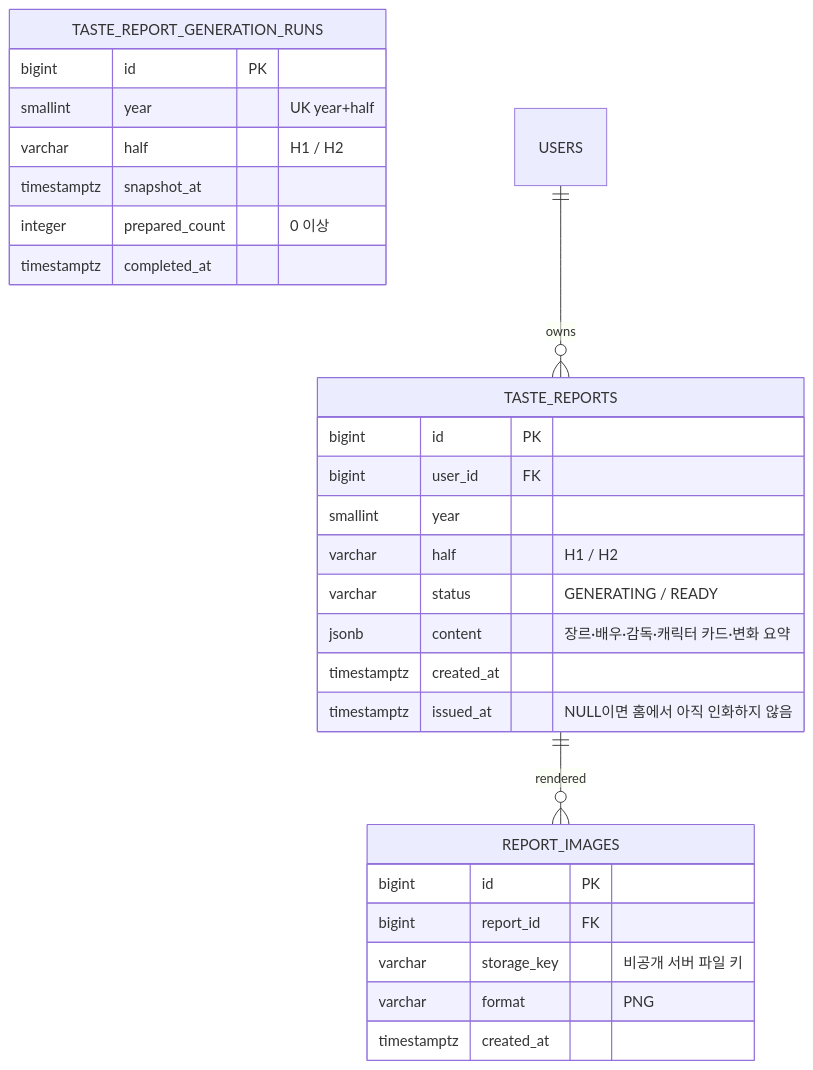
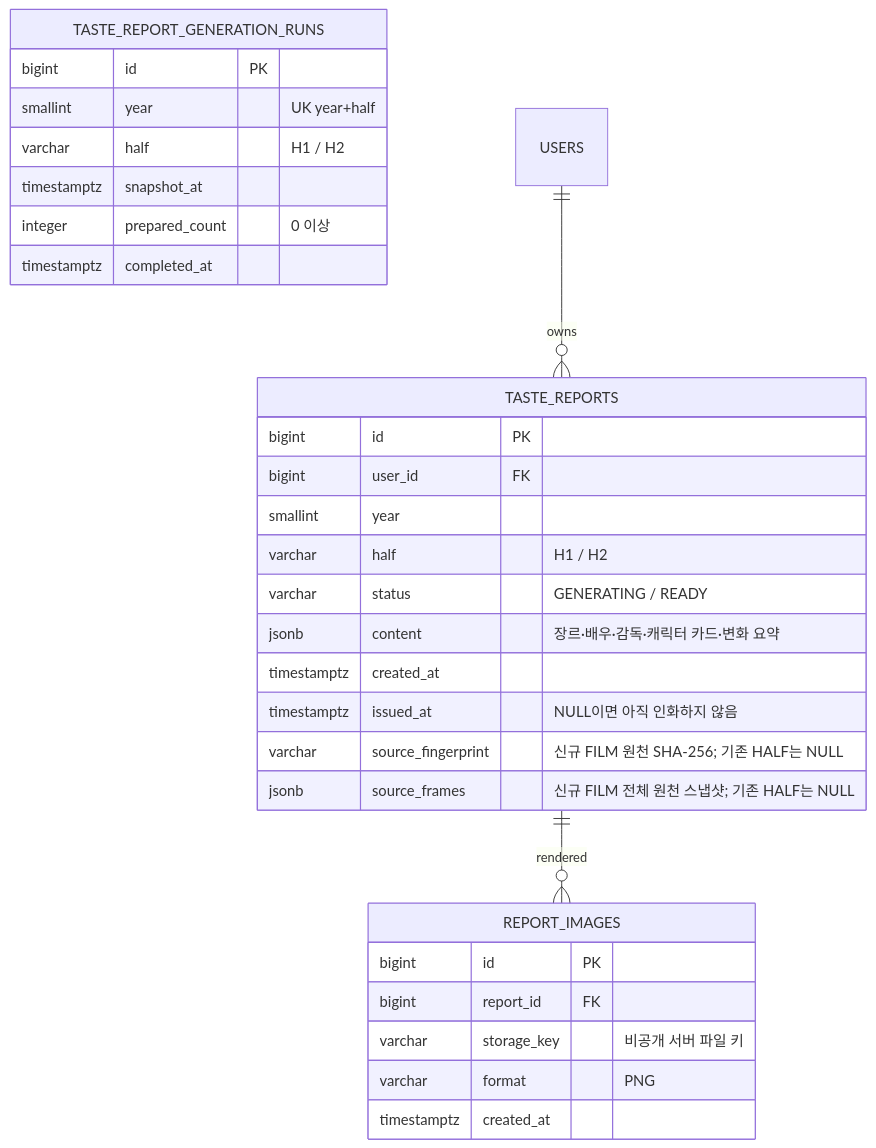
Before and after one commit to koongya-studio/feelm: the seventh of 8 diagrams in docs/erd.md, drawn with Mermaid. The commit also changed other lines of this file and 26 other files, not shown here.

````diff
--- a/docs/erd.md
+++ b/docs/erd.md
@@ -483,31 +483,33 @@
 ```mermaid
 erDiagram
     TASTE_REPORTS {
         bigint id PK
         bigint user_id FK
         smallint year
         varchar half "H1 / H2"
         varchar status "GENERATING / READY"
         jsonb content "장르·배우·감독·캐릭터 카드·변화 요약"
         timestamptz created_at
-        timestamptz issued_at "NULL이면 홈에서 아직 인화하지 않음"
+        timestamptz issued_at "NULL이면 아직 인화하지 않음"
+        varchar source_fingerprint "신규 FILM 원천 SHA-256; 기존 HALF는 NULL"
+        jsonb source_frames "신규 FILM 전체 원천 스냅샷; 기존 HALF는 NULL"
     }
     TASTE_REPORT_GENERATION_RUNS {
         bigint id PK
         smallint year "UK year+half"
         varchar half "H1 / H2"
         timestamptz snapshot_at
         integer prepared_count "0 이상"
         timestamptz completed_at
     }
     REPORT_IMAGES {
         bigint id PK
         bigint report_id FK
         varchar storage_key "비공개 서버 파일 키"
         varchar format "PNG"
         timestamptz created_at
     }
 
     USERS ||--o{ TASTE_REPORTS : owns
     TASTE_REPORTS ||--o{ REPORT_IMAGES : rendered
 ```
````
